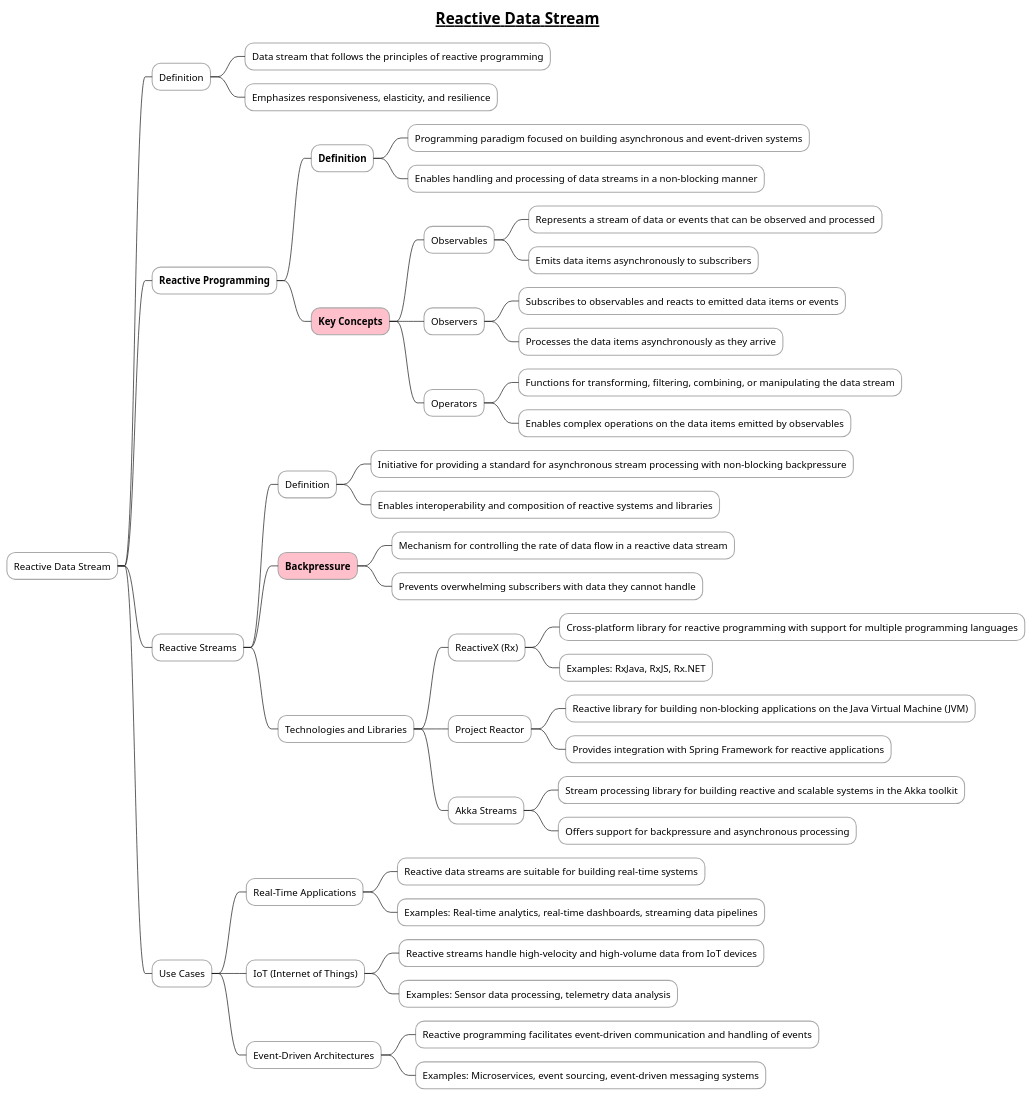
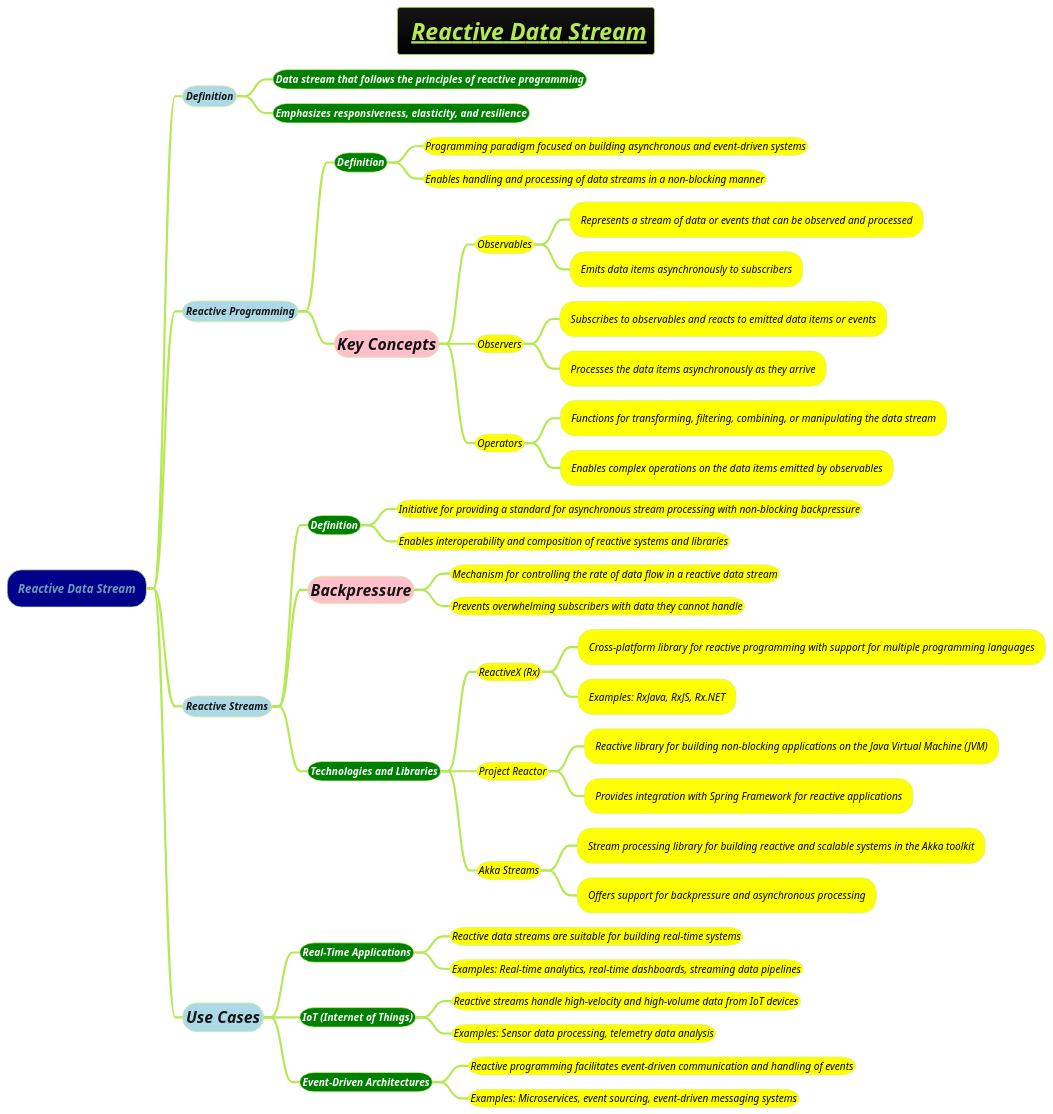
Before and after one commit to MehmoodHashmi/Documentation-as-Code-DaC: the diagram in docs/3-programming-languages/functional-programming/Reactive-Data-Stream.puml, drawn with PlantUML. The commit also changed 5 other files, not shown here.

```diff
--- a/docs/3-programming-languages/functional-programming/Reactive-Data-Stream.puml
+++ b/docs/3-programming-languages/functional-programming/Reactive-Data-Stream.puml
@@ -1,72 +1,64 @@
 @startmindmap
+title =<i>__ Reactive Data Stream__
+!theme hacker
 
-skinparam node {
-    BorderColor DarkGray
-    BackgroundColor White
-}
+*[#darkblue] <i>Reactive Data Stream
 
-skinparam connector {
-    LineColor DarkGray
-}
+**[#lightblue] <i><color #blac><size:14>Definition
+***[#green] <b><i><color #white><size:14>Data stream that follows the principles of reactive programming
+***[#green] <b><i><color #white><size:14>Emphasizes responsiveness, elasticity, and resilience
 
-title =__ Reactive Data Stream__
-* Reactive Data Stream
+**[#lightblue] <i><color #blac><size:14>**Reactive Programming**
+***[#green] <b><i><color #white><size:14>**Definition**
+****[#yellow] <i><color #black><size:14>Programming paradigm focused on building asynchronous and event-driven systems
+****[#yellow] <i><color #black><size:14>Enables handling and processing of data streams in a non-blocking manner
 
-** Definition
-*** Data stream that follows the principles of reactive programming
-*** Emphasizes responsiveness, elasticity, and resilience
+***[#pink] <i><size:22>**Key Concepts**
+****[#yellow] <i><color #black><size:14>Observables
+*****[#yellow] <i><color #black><size:14>Represents a stream of data or events that can be observed and processed
+*****[#yellow] <i><color #black><size:14>Emits data items asynchronously to subscribers
 
-** **Reactive Programming**
-*** **Definition**
-**** Programming paradigm focused on building asynchronous and event-driven systems
-**** Enables handling and processing of data streams in a non-blocking manner
+****[#yellow] <i><color #black><size:14>Observers
+*****[#yellow] <i><color #black><size:14>Subscribes to observables and reacts to emitted data items or events
+*****[#yellow] <i><color #black><size:14>Processes the data items asynchronously as they arrive
 
-***[#pink] **Key Concepts**
-**** Observables
-***** Represents a stream of data or events that can be observed and processed
-***** Emits data items asynchronously to subscribers
+****[#yellow] <i><color #black><size:14>Operators
+*****[#yellow] <i><color #black><size:14>Functions for transforming, filtering, combining, or manipulating the data stream
+*****[#yellow] <i><color #black><size:14>Enables complex operations on the data items emitted by observables
 
-**** Observers
-***** Subscribes to observables and reacts to emitted data items or events
-***** Processes the data items asynchronously as they arrive
+**[#lightblue] <i><color #blac><size:14>Reactive Streams
+***[#green] <b><i><color #white><size:14>Definition
+****[#yellow] <i><color #black><size:14>Initiative for providing a standard for asynchronous stream processing with non-blocking backpressure
+****[#yellow] <i><color #black><size:14>Enables interoperability and composition of reactive systems and libraries
 
-**** Operators
-***** Functions for transforming, filtering, combining, or manipulating the data stream
-***** Enables complex operations on the data items emitted by observables
+***[#pink] <i><size:22>**Backpressure**
+****[#yellow] <i><color #black><size:14>Mechanism for controlling the rate of data flow in a reactive data stream
+****[#yellow] <i><color #black><size:14>Prevents overwhelming subscribers with data they cannot handle
 
-** Reactive Streams
-*** Definition
-**** Initiative for providing a standard for asynchronous stream processing with non-blocking backpressure
-**** Enables interoperability and composition of reactive systems and libraries
+***[#green] <b><i><color #white><size:14>Technologies and Libraries
+****[#yellow] <i><color #black><size:14>ReactiveX (Rx)
+*****[#yellow] <i><color #black><size:14>Cross-platform library for reactive programming with support for multiple programming languages
+*****[#yellow] <i><color #black><size:14>Examples: RxJava, RxJS, Rx.NET
 
-***[#pink] **Backpressure**
-**** Mechanism for controlling the rate of data flow in a reactive data stream
-**** Prevents overwhelming subscribers with data they cannot handle
+****[#yellow] <i><color #black><size:14>Project Reactor
+*****[#yellow] <i><color #black><size:14>Reactive library for building non-blocking applications on the Java Virtual Machine (JVM)
+*****[#yellow] <i><color #black><size:14>Provides integration with Spring Framework for reactive applications
 
-*** Technologies and Libraries
-**** ReactiveX (Rx)
-***** Cross-platform library for reactive programming with support for multiple programming languages
-***** Examples: RxJava, RxJS, Rx.NET
+****[#yellow] <i><color #black><size:14>Akka Streams
+*****[#yellow] <i><color #black><size:14>Stream processing library for building reactive and scalable systems in the Akka toolkit
+*****[#yellow] <i><color #black><size:14>Offers support for backpressure and asynchronous processing
 
-**** Project Reactor
-***** Reactive library for building non-blocking applications on the Java Virtual Machine (JVM)
-***** Provides integration with Spring Framework for reactive applications
+**[#lightblue] <i><color #blac><size:22>Use Cases
+***[#green] <b><i><color #white><size:14>Real-Time Applications
+****[#yellow] <i><color #black><size:14>Reactive data streams are suitable for building real-time systems
+****[#yellow] <i><color #black><size:14>Examples: Real-time analytics, real-time dashboards, streaming data pipelines
 
-**** Akka Streams
-***** Stream processing library for building reactive and scalable systems in the Akka toolkit
-***** Offers support for backpressure and asynchronous processing
+***[#green] <b><i><color #white><size:14>IoT (Internet of Things)
+****[#yellow] <i><color #black><size:14>Reactive streams handle high-velocity and high-volume data from IoT devices
+****[#yellow] <i><color #black><size:14>Examples: Sensor data processing, telemetry data analysis
 
-** Use Cases
-*** Real-Time Applications
-**** Reactive data streams are suitable for building real-time systems
-**** Examples: Real-time analytics, real-time dashboards, streaming data pipelines
-
-*** IoT (Internet of Things)
-**** Reactive streams handle high-velocity and high-volume data from IoT devices
-**** Examples: Sensor data processing, telemetry data analysis
-
-*** Event-Driven Architectures
-**** Reactive programming facilitates event-driven communication and handling of events
-**** Examples: Microservices, event sourcing, event-driven messaging systems
+***[#green] <b><i><color #white><size:14>Event-Driven Architectures
+****[#yellow] <i><color #black><size:14>Reactive programming facilitates event-driven communication and handling of events
+****[#yellow] <i><color #black><size:14>Examples: Microservices, event sourcing, event-driven messaging systems
 
 @endmindmap
```
